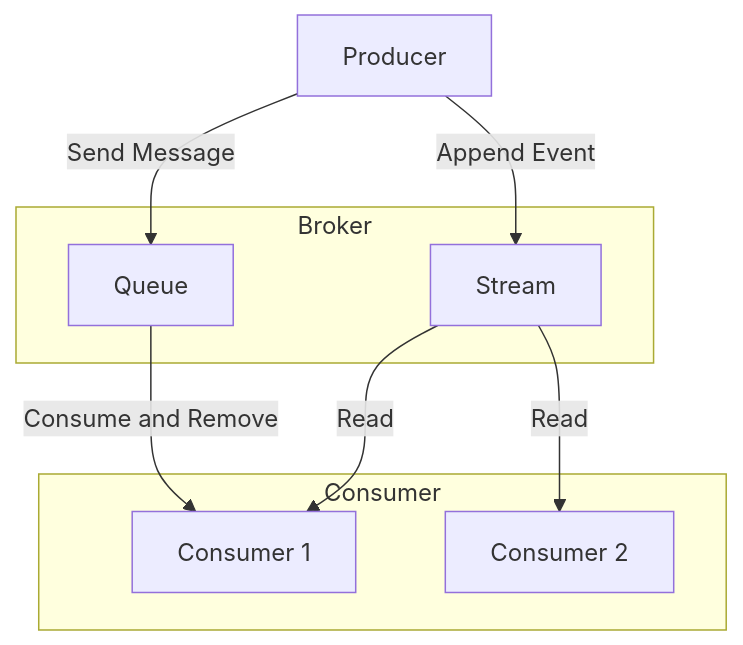
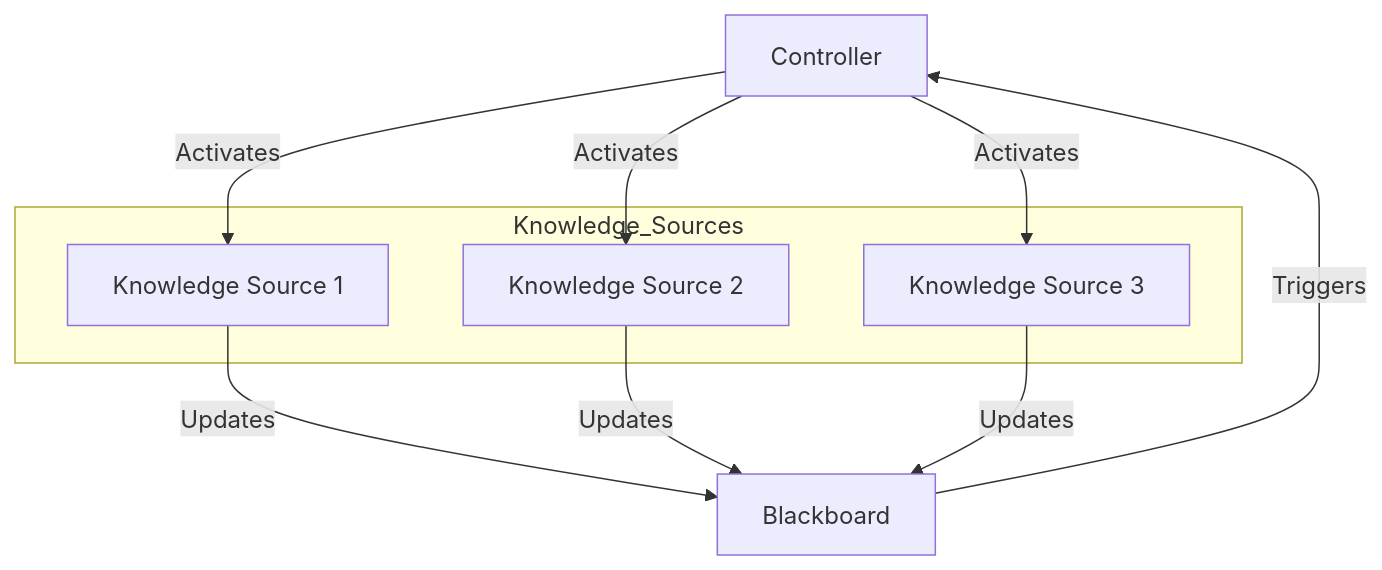
The diagram in software-architecture/architectural-patterns/blackboard.md (bmeurant/technical-docs), drawn with Mermaid before and after one commit. The commit also changed other lines of this file, not shown here.

Commit message:
docs(software-architecture): fix to restore blackboard pattern

````diff
--- a/software-architecture/architectural-patterns/blackboard.md
+++ b/software-architecture/architectural-patterns/blackboard.md
@@ -18,21 +16,20 @@
 ```mermaid
 graph TD
-    P[Producer]
+    C[Controller]
 
-    subgraph Broker
-        Q[Queue]
-        S[Stream]
+    B[Blackboard]
+
+    subgraph Knowledge_Sources
+        KS1[Knowledge Source 1]
+        KS2[Knowledge Source 2]
+        KS3[Knowledge Source 3]
     end
 
-    subgraph Consumer
-        C1[Consumer 1]
-        C2[Consumer 2]
-    end
-
-    P -- "Send Message" --> Q
-    Q -- "Consume and Remove" --> C1
-
-    P -- "Append Event" --> S
-    S -- "Read" --> C1
-    S -- "Read" --> C2
+    KS1 -- "Updates" --> B
+    KS2 -- "Updates" --> B
+    KS3 -- "Updates" --> B
+    B -- "Triggers" --> C
+    C -- "Activates" --> KS1
+    C -- "Activates" --> KS2
+    C -- "Activates" --> KS3
 ```
````
